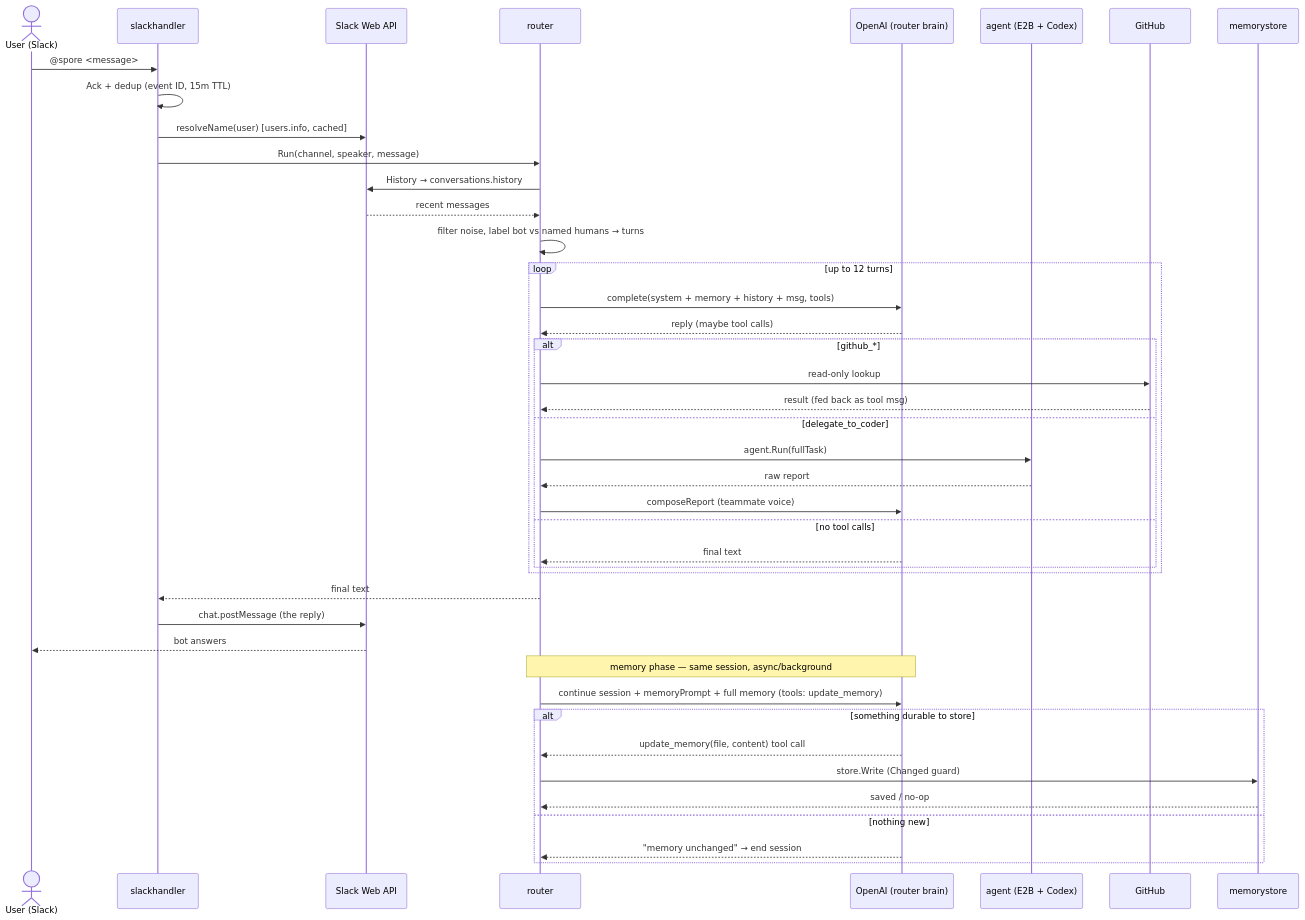
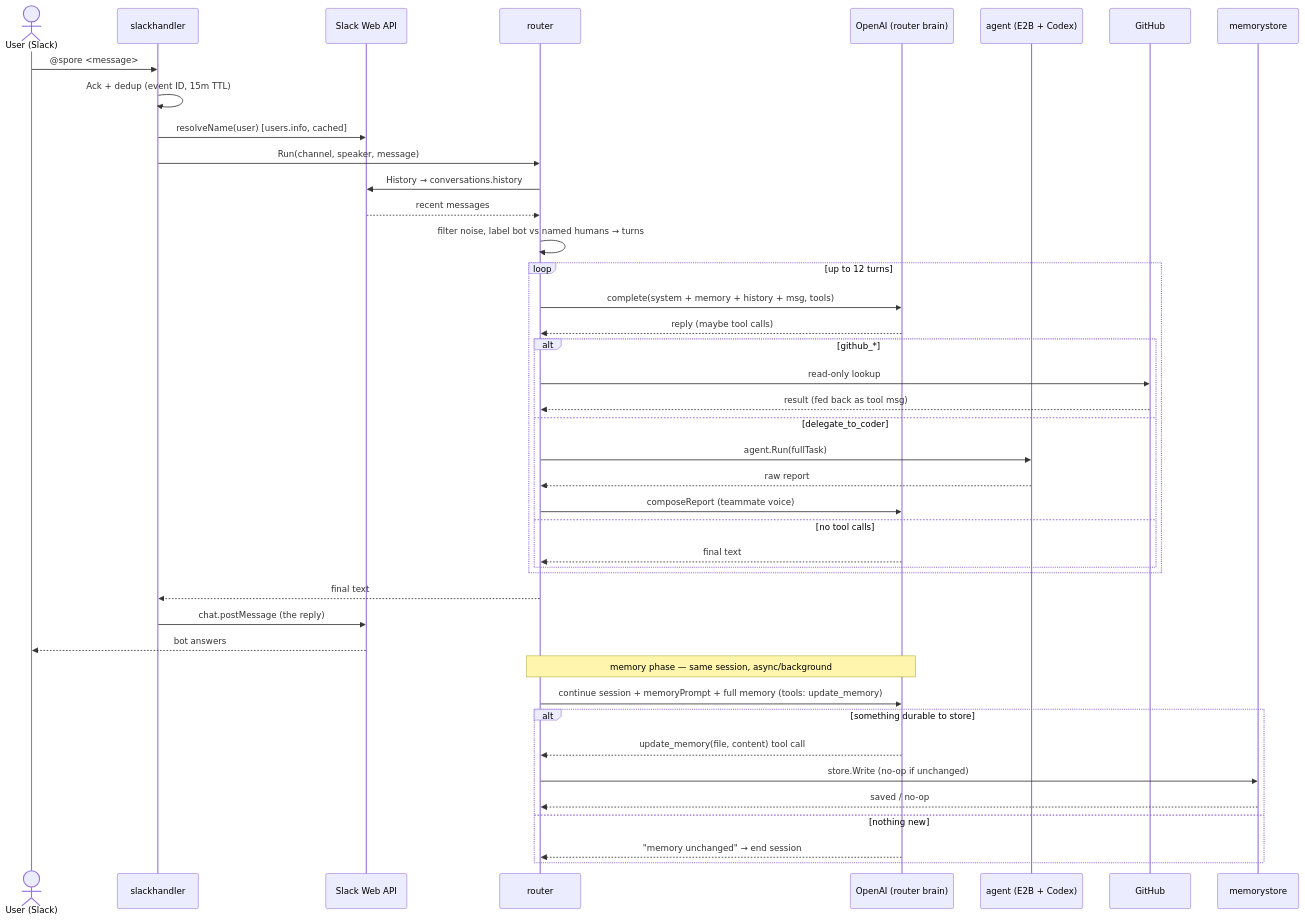
One commit to hetsaraiya/spores changed the second of 5 diagrams in ARCHITECTURE.md. Above: the diagram before and after it, drawn with Mermaid. The commit also changed other lines of this file and 17 other files, not shown here.

````diff
--- a/ARCHITECTURE.md
+++ b/ARCHITECTURE.md
@@ -42,45 +42,45 @@
 ```mermaid
 sequenceDiagram
     actor U as User (Slack)
     participant SH as slackhandler
     participant SL as Slack Web API
     participant RT as router
     participant OA as OpenAI (router brain)
     participant AG as agent (E2B + Codex)
     participant GH as GitHub
     participant MS as memorystore
 
     U->>SH: @spore <message>
     SH->>SH: Ack + dedup (event ID, 15m TTL)
     SH->>SL: resolveName(user) [users.info, cached]
     SH->>RT: Run(channel, speaker, message)
     RT->>SL: History → conversations.history
     SL-->>RT: recent messages
     RT->>RT: filter noise, label bot vs named humans → turns
     loop up to 12 turns
         RT->>OA: complete(system + memory + history + msg, tools)
         OA-->>RT: reply (maybe tool calls)
         alt github_*
             RT->>GH: read-only lookup
             GH-->>RT: result (fed back as tool msg)
         else delegate_to_coder
             RT->>AG: agent.Run(fullTask)
             AG-->>RT: raw report
             RT->>OA: composeReport (teammate voice)
         else no tool calls
             OA-->>RT: final text
         end
     end
     RT-->>SH: final text
     SH->>SL: chat.postMessage (the reply)
     SL-->>U: bot answers
     note over RT,OA: memory phase — same session, async/background
     RT->>OA: continue session + memoryPrompt + full memory (tools: update_memory)
     alt something durable to store
         OA-->>RT: update_memory(file, content) tool call
-        RT->>MS: store.Write (Changed guard)
+        RT->>MS: store.Write (no-op if unchanged)
         MS-->>RT: saved / no-op
     else nothing new
         OA-->>RT: "memory unchanged" → end session
     end
 ```
````
